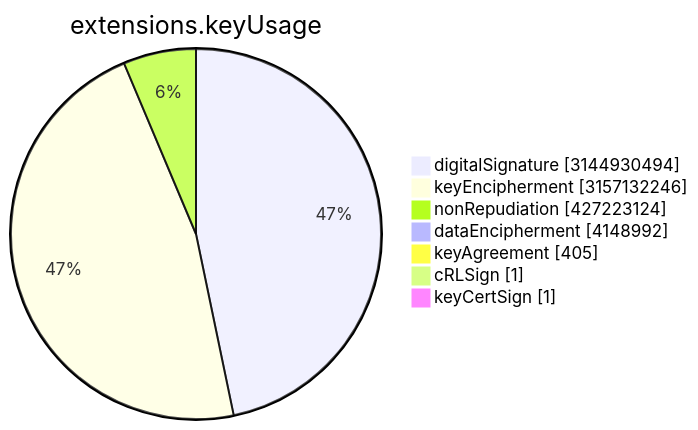
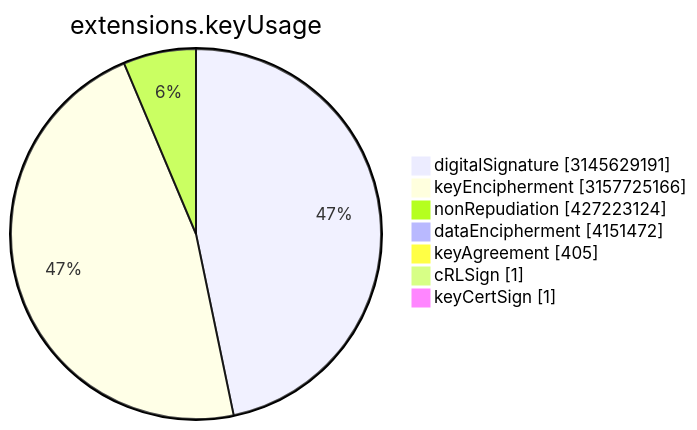
Before and after one commit to christiankrug/ctmonitor_visualization: the sixth of 15 diagrams in TOTAL/README.md, drawn with Mermaid. The commit also changed other lines of this file, not shown here.

````diff
--- a/TOTAL/README.md
+++ b/TOTAL/README.md
@@ -3077,11 +3077,11 @@
 ```mermaid
 pie showData
 title extensions.keyUsage
-"digitalSignature" :3144930494
-"keyEncipherment" :3157132246
+"digitalSignature" :3145629191
+"keyEncipherment" :3157725166
 "nonRepudiation" :427223124
-"dataEncipherment" :4148992
+"dataEncipherment" :4151472
 "keyAgreement" :405
 "cRLSign" :1
 "keyCertSign" :1
 ```
````
